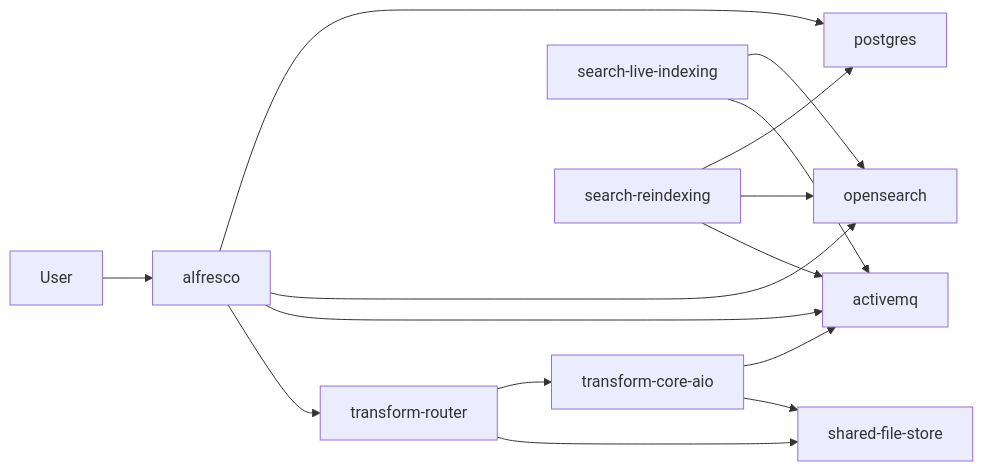
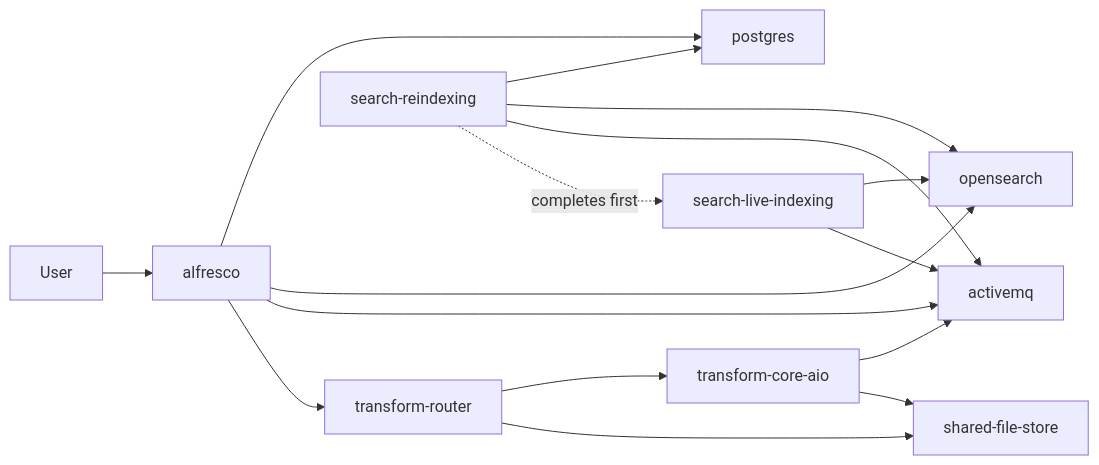
One commit to aborroy/alfresco-onprem-to-cloud-lab changed the fifth of 12 diagrams in README.md. Above: the diagram before and after it, drawn with Mermaid. The commit also changed other lines of this file and 3 other files, not shown here.

````diff
--- a/README.md
+++ b/README.md
@@ -256,17 +247,18 @@
 ```mermaid
 flowchart LR
   user["User"] --> repo["alfresco"]
   repo --> db["postgres"]
   repo --> os["opensearch"]
   repo --> mq["activemq"]
   repo --> tr["transform-router"]
   tr --> aio["transform-core-aio"]
   tr --> sfs["shared-file-store"]
   aio --> mq
   aio --> sfs
-  live["search-live-indexing"] --> os
-  live --> mq
   reidx["search-reindexing"] --> db
   reidx --> os
   reidx --> mq
+  live["search-live-indexing"] --> os
+  live --> mq
+  reidx -. "completes first" .-> live
 ```
````
